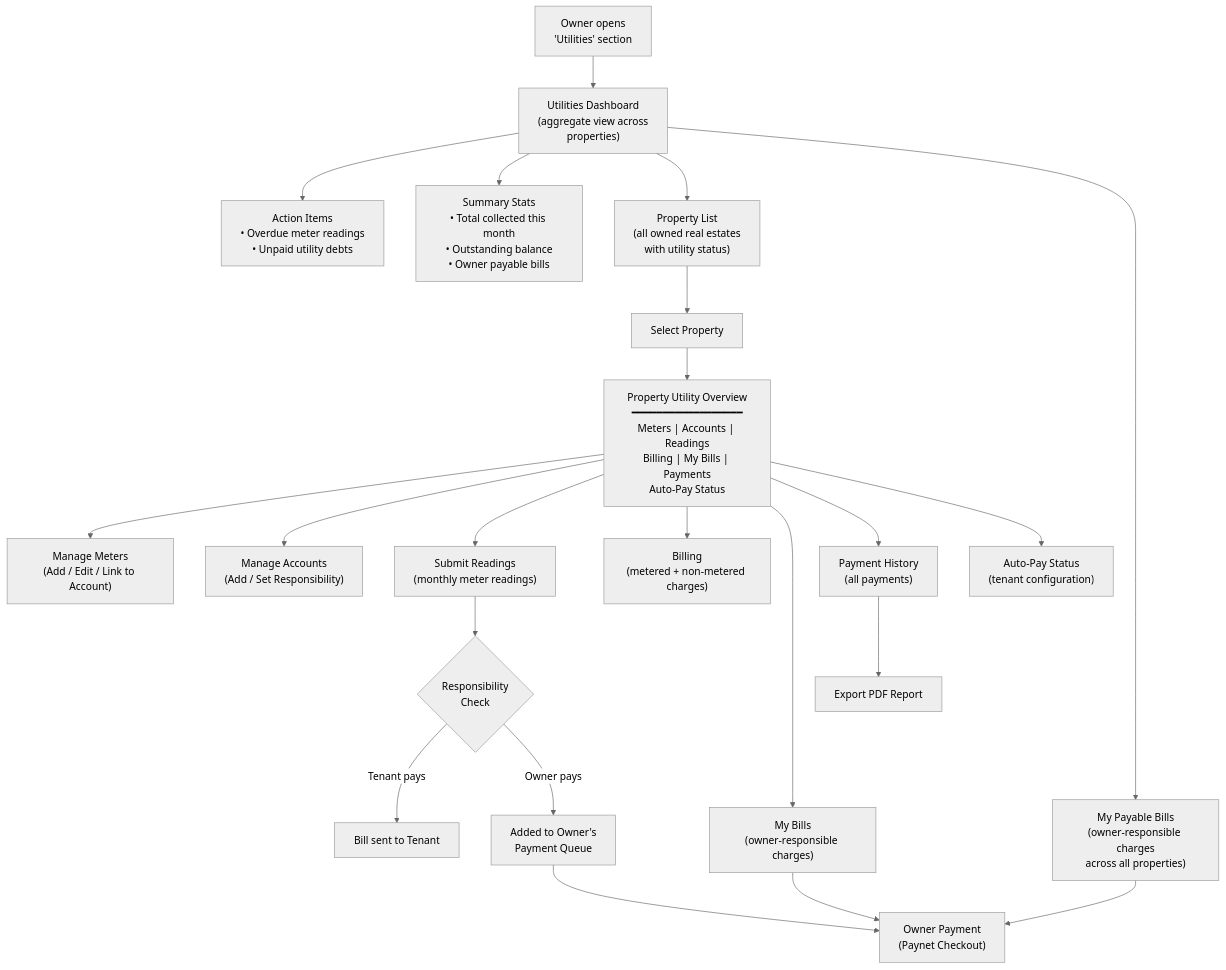
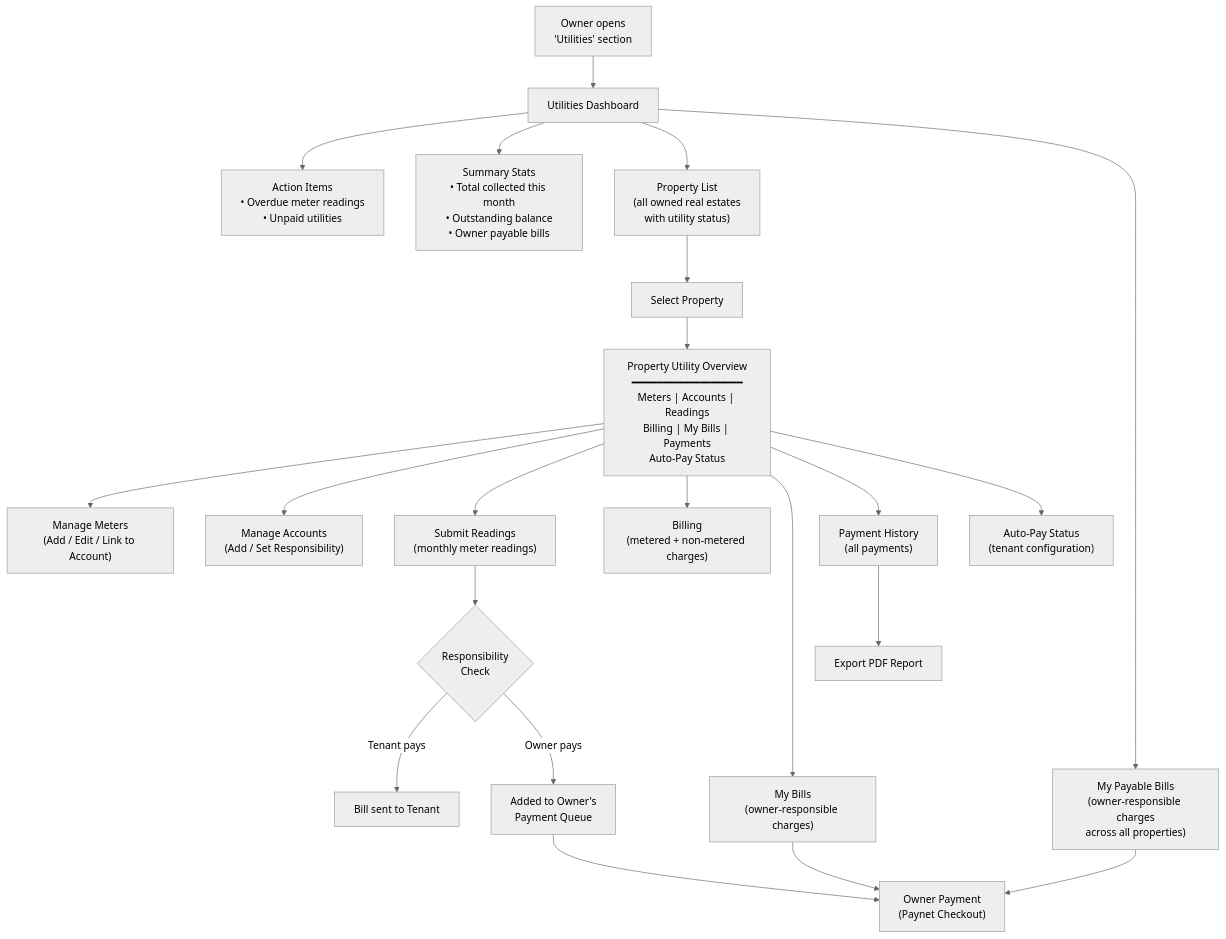
The first of 10 diagrams in Utilities - Business Owner.md (saodatm-dev/Utilities---Informational-Architecture), drawn with Mermaid (neutral theme) before and after one commit. The commit also changed other lines of this file and 1 other file, not shown here.

````diff
--- a/Utilities - Business Owner.md
+++ b/Utilities - Business Owner.md
@@ -29,31 +29,31 @@
 ```mermaid
 flowchart TD
-    START["Owner opens<br/>'Utilities' section"] --> DASHBOARD["Utilities Dashboard<br/>(aggregate view across<br/>properties)"]
+    START["Owner opens<br/>'Utilities' section"] --> DASHBOARD["Utilities Dashboard"]
 
-    DASHBOARD --> ALERTS["Action Items<br/>• Overdue meter readings<br/>• Unpaid utility debts"]
+    DASHBOARD --> ALERTS["Action Items<br/>• Overdue meter readings<br/>• Unpaid utilities"]
     DASHBOARD --> STATS["Summary Stats<br/>• Total collected this month<br/>• Outstanding balance<br/>• Owner payable bills"]
     DASHBOARD --> PROP_LIST["Property List<br/>(all owned real estates<br/>with utility status)"]
     DASHBOARD --> OWNER_BILLS["My Payable Bills<br/>(owner-responsible charges<br/>across all properties)"]
 
     PROP_LIST --> SELECT_PROP["Select Property"]
 
     SELECT_PROP --> PROP_VIEW["Property Utility Overview<br/>━━━━━━━━━━━━━━━━━━<br/>Meters | Accounts | Readings<br/>Billing | My Bills | Payments<br/>Auto-Pay Status"]
 
     PROP_VIEW --> METERS["Manage Meters<br/>(Add / Edit / Link to Account)"]
     PROP_VIEW --> ACCOUNTS["Manage Accounts<br/>(Add / Set Responsibility)"]
     PROP_VIEW --> READINGS["Submit Readings<br/>(monthly meter readings)"]
     PROP_VIEW --> BILLING["Billing<br/>(metered + non-metered charges)"]
     PROP_VIEW --> MY_BILLS["My Bills<br/>(owner-responsible charges)"]
     PROP_VIEW --> PAYMENTS["Payment History<br/>(all payments)"]
     PROP_VIEW --> AUTOPAY["Auto-Pay Status<br/>(tenant configuration)"]
 
     READINGS --> ROUTE{"Responsibility<br/>Check"}
     ROUTE -->|"Tenant pays"| TENANT_BILL["Bill sent to Tenant"]
     ROUTE -->|"Owner pays"| OWNER_QUEUE["Added to Owner's<br/>Payment Queue"]
 
     OWNER_BILLS --> OWNER_PAY["Owner Payment<br/>(Paynet Checkout)"]
     OWNER_QUEUE --> OWNER_PAY
     MY_BILLS --> OWNER_PAY
 
     PAYMENTS --> EXPORT["Export PDF Report"]
 ```
````
